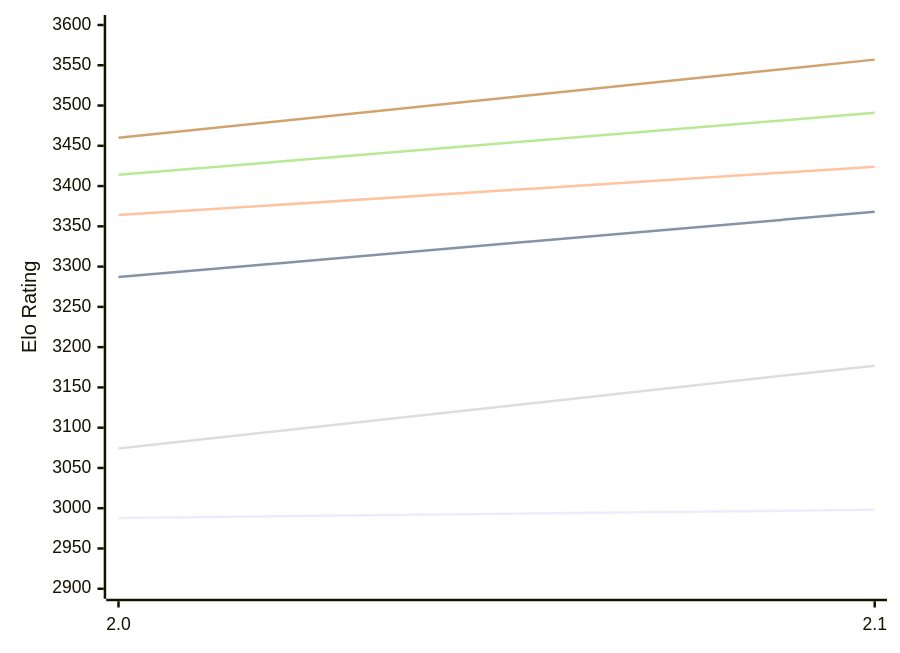
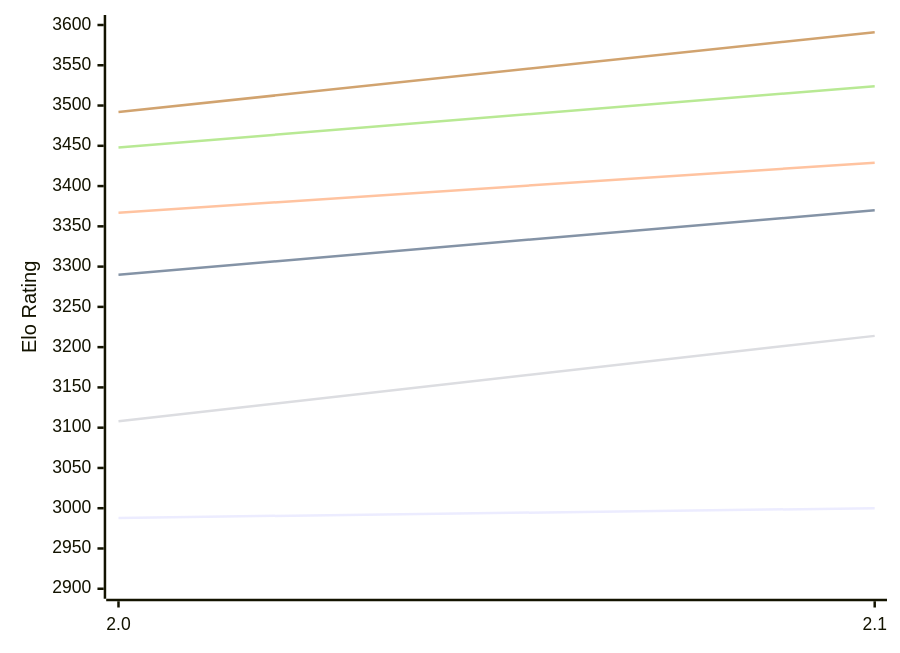
One commit to computer-chess-index/cci changed the first of 2 diagrams in engines/Onslaught.md. Above: the diagram before and after it, drawn with Mermaid. The commit also changed other lines of this file, not shown here.

Commit message:
Update CCI Ratings (ELO VLTC) - 2026-11-05

````diff
--- a/engines/Onslaught.md
+++ b/engines/Onslaught.md
@@ -50,12 +50,12 @@
 ```mermaid
 %%{init: {"theme":"base","themeVariables":{"seriesColors:['#a3a3a3','#222221','#faa371']}}}%%
 xychart-beta
   x-axis ["2.0", "2.1"]
   y-axis "Elo Rating" 2900 --> 3600
-  line "E1: STC (8.0+0.08s)" [2988, 2998]
-  line "E1: LTC (60.0+0.60s)" [3287, 3368]
-  line "E1: VLTC (2m24s+1.12s)" [3364, 3424]
-  line "P1: STC (8.0+0.08s)" [3074, 3177]
-  line "P1: LTC (60.0+0.60s)" [3414, 3491]
-  line "P1: VLTC (2m24s+1.12s)" [3460, 3557]
+  line "E1: STC (8.0+0.08s)" [2988, 3000]
+  line "E1: LTC (60.0+0.60s)" [3290, 3370]
+  line "E1: VLTC (2m24s+1.12s)" [3367, 3429]
+  line "P1: STC (8.0+0.08s)" [3108, 3214]
+  line "P1: LTC (60.0+0.60s)" [3448, 3524]
+  line "P1: VLTC (2m24s+1.12s)" [3492, 3591]
 ```
````
